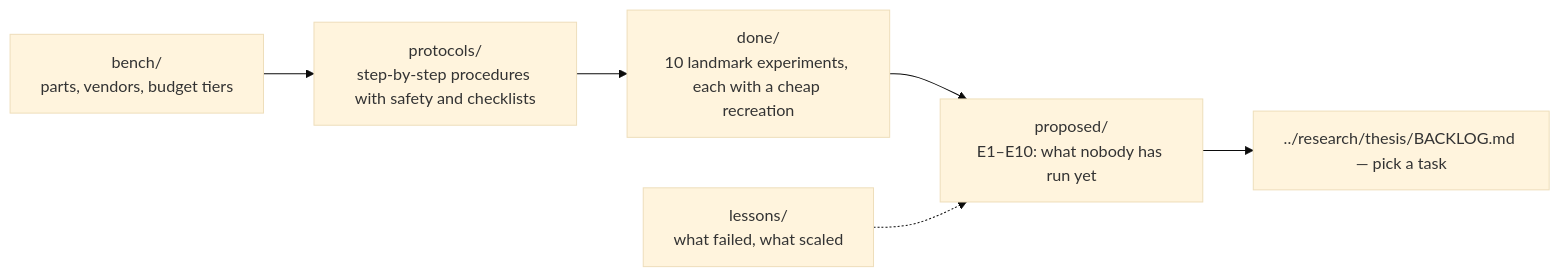
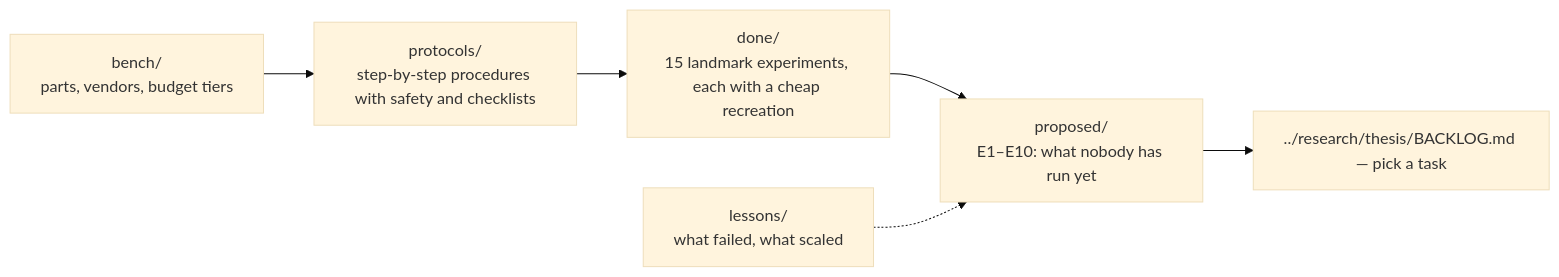
Before and after one commit to Normansrule/quantum-link-research: the diagram in experiments/README.md, drawn with Mermaid (base theme). The commit also changed 39 other files, not shown here.

````diff
--- a/experiments/README.md
+++ b/experiments/README.md
@@ -7,8 +7,8 @@
 ```mermaid
 flowchart LR
   B["bench/<br/>parts, vendors, budget tiers"] --> P["protocols/<br/>step-by-step procedures with safety and checklists"]
-  P --> D["done/<br/>10 landmark experiments, each with a cheap recreation"]
+  P --> D["done/<br/>15 landmark experiments, each with a cheap recreation"]
   D --> X["proposed/<br/>E1–E10: what nobody has run yet"]
   L["lessons/<br/>what failed, what scaled"] -.-> X
   X --> R["../research/thesis/BACKLOG.md — pick a task"]
 ```
````
